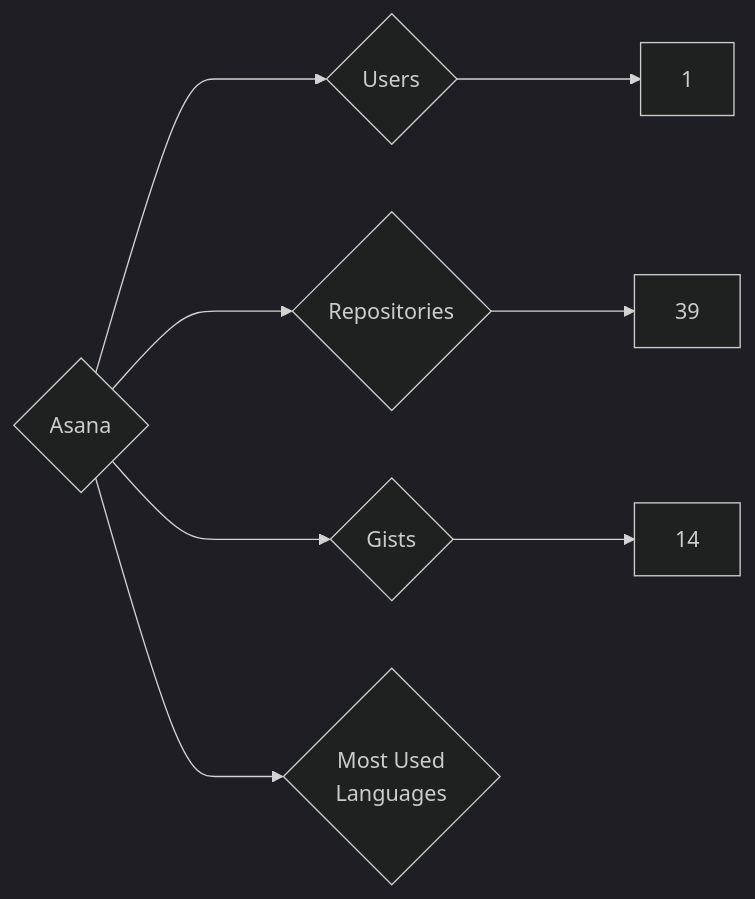
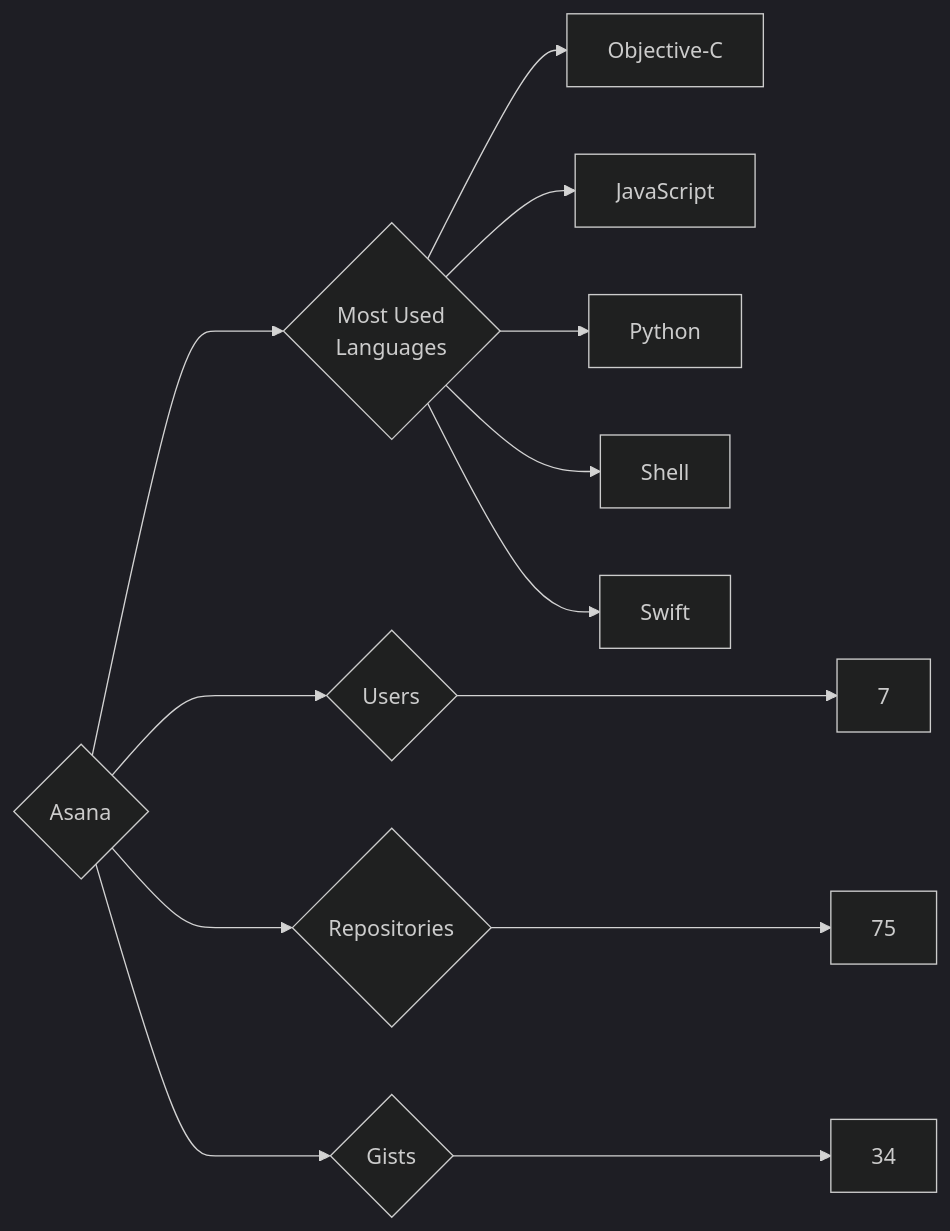
The diagram in targets/Asana/README.md (trickest/insiders), drawn with Mermaid (dark theme) before and after one commit. The commit also changed 1089 other files, not shown here.

````diff
--- a/targets/Asana/README.md
+++ b/targets/Asana/README.md
@@ -3,8 +3,13 @@
 ```mermaid
 graph LR
 COMPANY_NAME{Asana}
-COMPANY_NAME ---> U{Users} ---> UN[1]
-COMPANY_NAME ---> R{Repositories} ---> RN[39]
-COMPANY_NAME ---> G{Gists} ---> GN[14]
+COMPANY_NAME ---> U{Users} ---> UN[7]
+COMPANY_NAME ---> R{Repositories} ---> RN[75]
+COMPANY_NAME ---> G{Gists} ---> GN[34]
 COMPANY_NAME ---> ML{Most Used<br>Languages}
+ML --> Objective-C[Objective-C]
+ML --> JavaScript[JavaScript]
+ML --> Python[Python]
+ML --> Shell[Shell]
+ML --> Swift[Swift]
 ```
````
